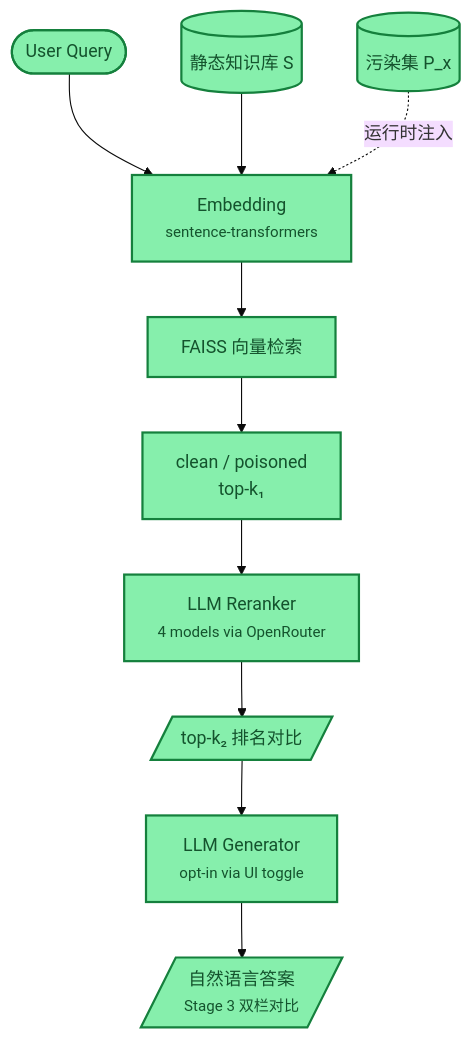
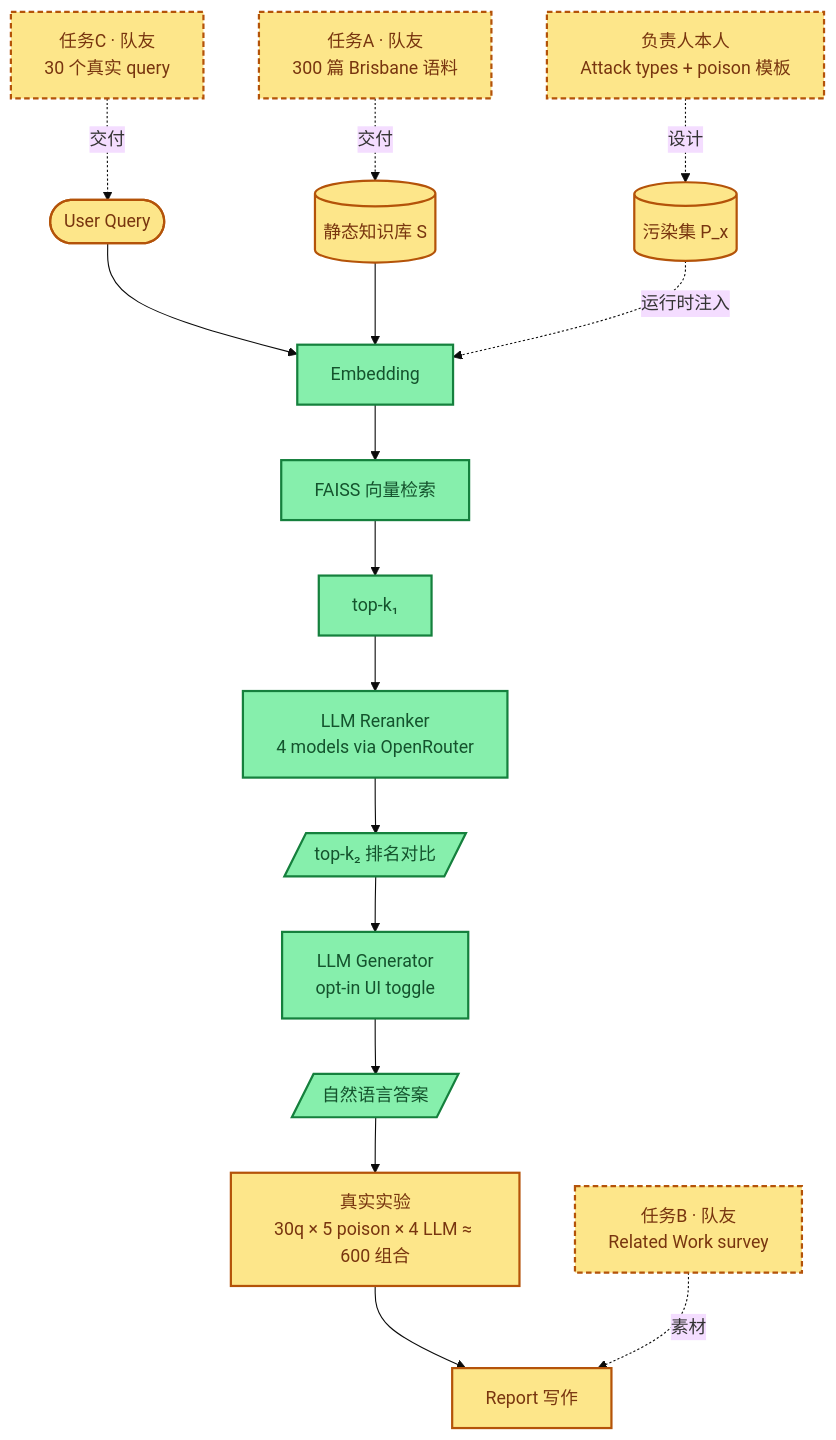
The second of 2 diagrams in README.cn.md (LiuJiLan/COMS4507-RAG-Poisoning-Demo), drawn with Mermaid (base theme) before and after one commit. The commit also changed other lines of this file, not shown here.

Commit message:
编码工作进度报告

````diff
--- a/README.cn.md
+++ b/README.cn.md
@@ -83,24 +84,46 @@
 ```mermaid
 flowchart TB
-    Q([User Query]):::done
-    KB[(静态知识库 S)]:::done
-    PX[(污染集 P_x)]:::done
+    %% ===== 待交付任务（虚线框，标 owner） =====
+    TA["任务A · 队友<br/>300 篇 Brisbane 语料"]:::task
+    TC["任务C · 队友<br/>30 个真实 query"]:::task
+    TL["负责人本人<br/>Attack types + poison 模板"]:::task
+    TB["任务B · 队友<br/>Related Work survey"]:::task
 
-    EMB["Embedding<br/><span style='font-size:0.85em'>sentence-transformers</span>"]:::done
-    FAISS["FAISS 向量检索"]:::done
-    K1["clean / poisoned<br/>top-k₁"]:::done
-    RER["LLM Reranker<br/><span style='font-size:0.85em'>4 models via OpenRouter</span>"]:::done
-    GEN["LLM Generator<br/><span style='font-size:0.85em'>opt-in via UI toggle</span>"]:::done
+    %% ===== RAG 输入（等真实数据） =====
+    Q([User Query]):::wait
+    KB[(静态知识库 S)]:::wait
+    PX[(污染集 P_x)]:::wait
 
-    K2[/"top-k₂ 排名对比"/]:::done
-    ANS[/"自然语言答案<br/><span style='font-size:0.85em'>Stage 3 双栏对比</span>"/]:::done
+    %% ===== Pipeline 代码（已就绪） =====
+    EMB["Embedding"]:::ready
+    FAISS["FAISS 向量检索"]:::ready
+    K1["top-k₁"]:::ready
+    RER["LLM Reranker<br/>4 models via OpenRouter"]:::ready
+    GEN["LLM Generator<br/>opt-in UI toggle"]:::ready
+    K2[/"top-k₂ 排名对比"/]:::ready
+    ANS[/"自然语言答案"/]:::ready
 
+    %% ===== 最终产出（阻塞中） =====
+    EXP["真实实验<br/>30q × 5 poison × 4 LLM ≈ 600 组合"]:::wait
+    REP["Report 写作"]:::wait
+
+    %% 任务 → 输入 供给关系
+    TC -.->|交付| Q
+    TA -.->|交付| KB
+    TL -.->|设计| PX
+
+    %% Pipeline 主流
     Q --> EMB
     KB --> EMB
     PX -. 运行时注入 .-> EMB
     EMB --> FAISS --> K1 --> RER --> K2 --> GEN --> ANS
 
-    classDef done fill:#86efac,stroke:#15803d,color:#14532d,stroke-width:2px
-    classDef progress fill:#fde68a,stroke:#b45309,color:#78350f,stroke-width:2px
-    classDef todo fill:#ffffff,stroke:#9ca3af,color:#374151,stroke-width:1.5px,stroke-dasharray:5 3
+    %% 下游阻塞链
+    ANS --> EXP
+    EXP --> REP
+    TB -.->|素材| REP
+
+    classDef ready fill:#86efac,stroke:#15803d,color:#14532d,stroke-width:2px
+    classDef wait fill:#fde68a,stroke:#b45309,color:#78350f,stroke-width:2px
+    classDef task fill:#fde68a,stroke:#b45309,color:#78350f,stroke-width:2px,stroke-dasharray:5 3
 ```
````
